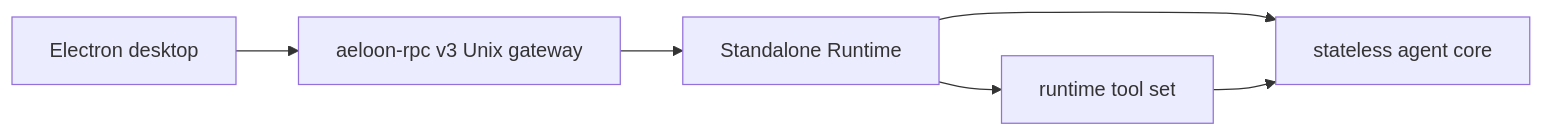
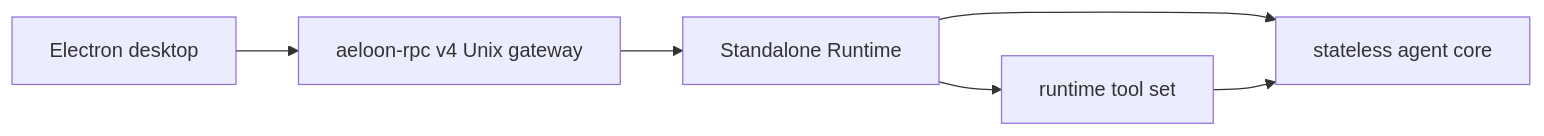
Before and after one commit to AetherHeart-AI/Aeloon-runtime: the diagram in docs/architecture.md, drawn with Mermaid. The commit also changed other lines of this file and 9 other files, not shown here.

````diff
--- a/docs/architecture.md
+++ b/docs/architecture.md
@@ -6,8 +6,8 @@
 ```mermaid
 flowchart LR
-    Desktop["Electron desktop"] --> RPC["aeloon-rpc v3 Unix gateway"]
+    Desktop["Electron desktop"] --> RPC["aeloon-rpc v4 Unix gateway"]
     RPC --> Runtime["Standalone Runtime"]
     Runtime --> Agent["stateless agent core"]
     Runtime --> Tools["runtime tool set"]
     Tools --> Agent
 ```
````
